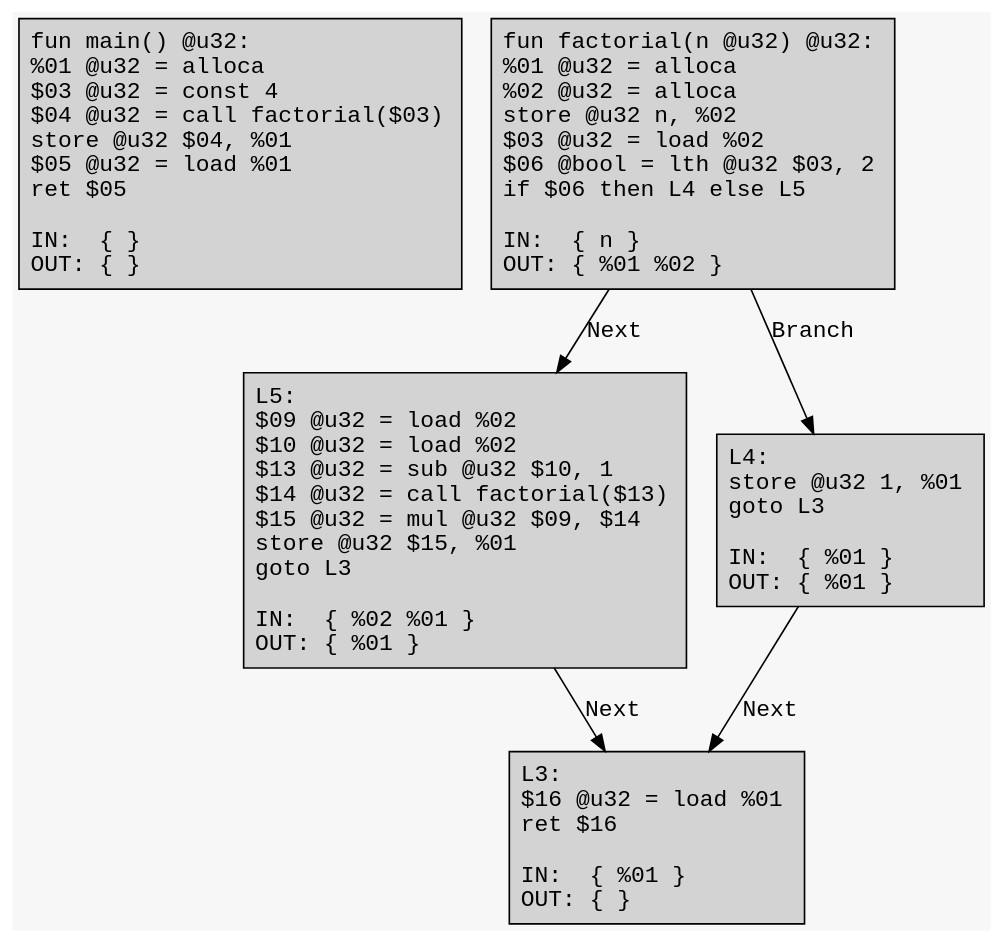
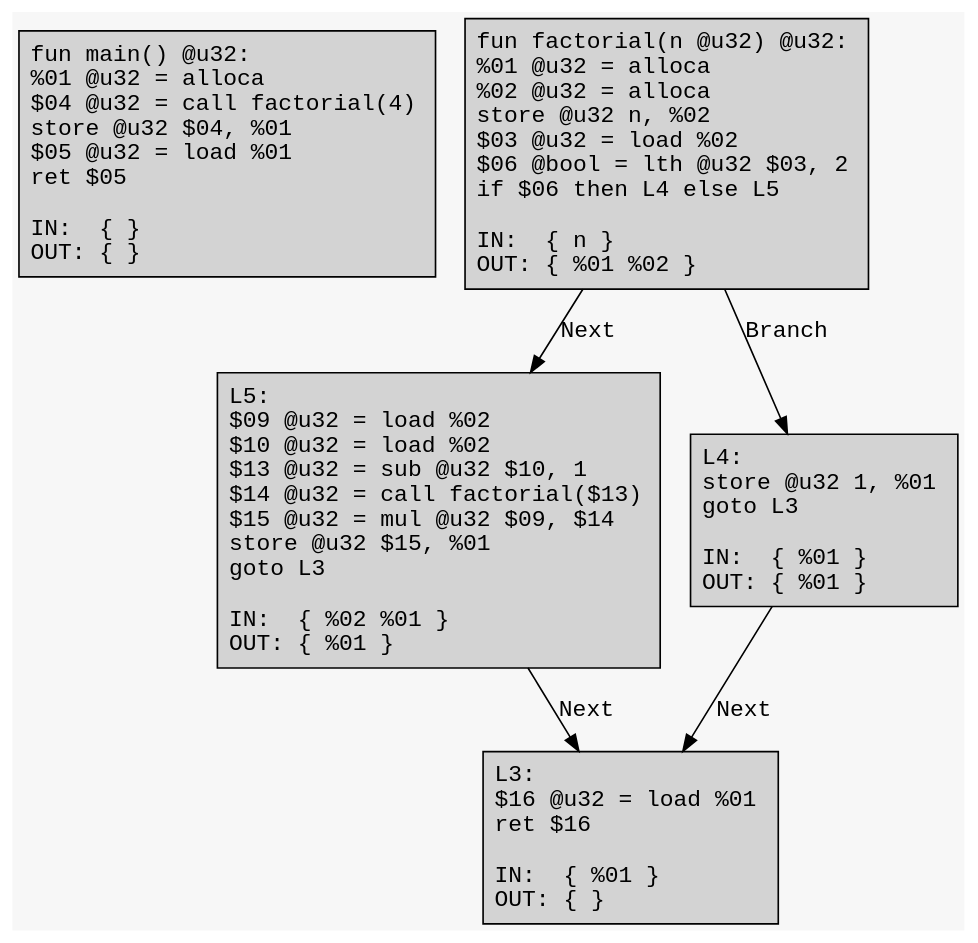
One commit to ArkoiSystems/arkoi_language changed the diagram in example/factorial/factorial.dot. Above: the diagram before and after it, drawn with Graphviz. The commit also changed 4 other files, not shown here.

```diff
--- a/example/factorial/factorial.dot
+++ b/example/factorial/factorial.dot
@@ -1,17 +1,17 @@
 digraph CFG {
 	graph [fontname = "Monospace"];
 	node  [fontname = "Monospace", shape=box, style=filled, margin=0.1];
 	edge  [fontname = "Monospace"];
 	bgcolor = "#f7f7f7";
 	splines = false;
 
-	L0 [label="fun main() @u32:\l %01 @u32 = alloca\l $03 @u32 = const 4\l $04 @u32 = call factorial($03)\l store @u32 $04, %01\l $05 @u32 = load %01\l ret $05\l\lIN:  { }\lOUT: { }\l"];
+	L0 [label="fun main() @u32:\l %01 @u32 = alloca\l $04 @u32 = call factorial(4)\l store @u32 $04, %01\l $05 @u32 = load %01\l ret $05\l\lIN:  { }\lOUT: { }\l"];
 	L2 [label="fun factorial(n @u32) @u32:\l %01 @u32 = alloca\l %02 @u32 = alloca\l store @u32 n, %02\l $03 @u32 = load %02\l $06 @bool = lth @u32 $03, 2\l if $06 then L4 else L5\l\lIN:  { n }\lOUT: { %01 %02 }\l"];
 	L2 -> L5 [label="Next"];
 	L2 -> L4 [label="Branch"];
 	L5 [label="L5:\l $09 @u32 = load %02\l $10 @u32 = load %02\l $13 @u32 = sub @u32 $10, 1\l $14 @u32 = call factorial($13)\l $15 @u32 = mul @u32 $09, $14\l store @u32 $15, %01\l goto L3\l\lIN:  { %02 %01 }\lOUT: { %01 }\l"];
 	L5 -> L3 [label="Next"];
 	L4 [label="L4:\l store @u32 1, %01\l goto L3\l\lIN:  { %01 }\lOUT: { %01 }\l"];
 	L4 -> L3 [label="Next"];
 	L3 [label="L3:\l $16 @u32 = load %01\l ret $16\l\lIN:  { %01 }\lOUT: { }\l"];
 }
```
